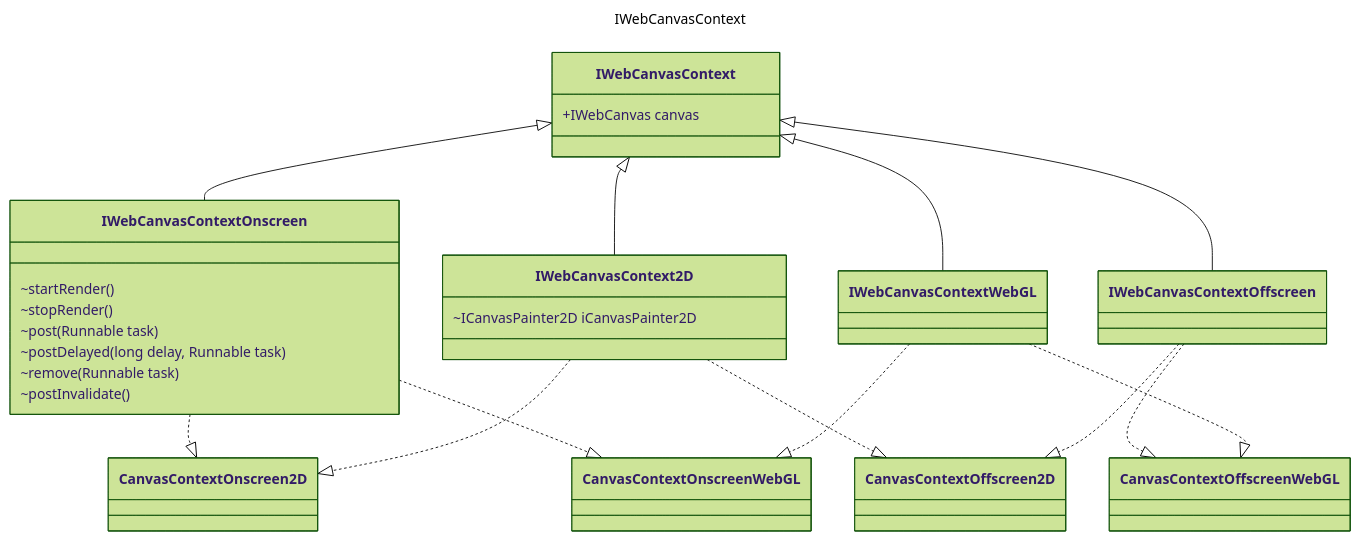
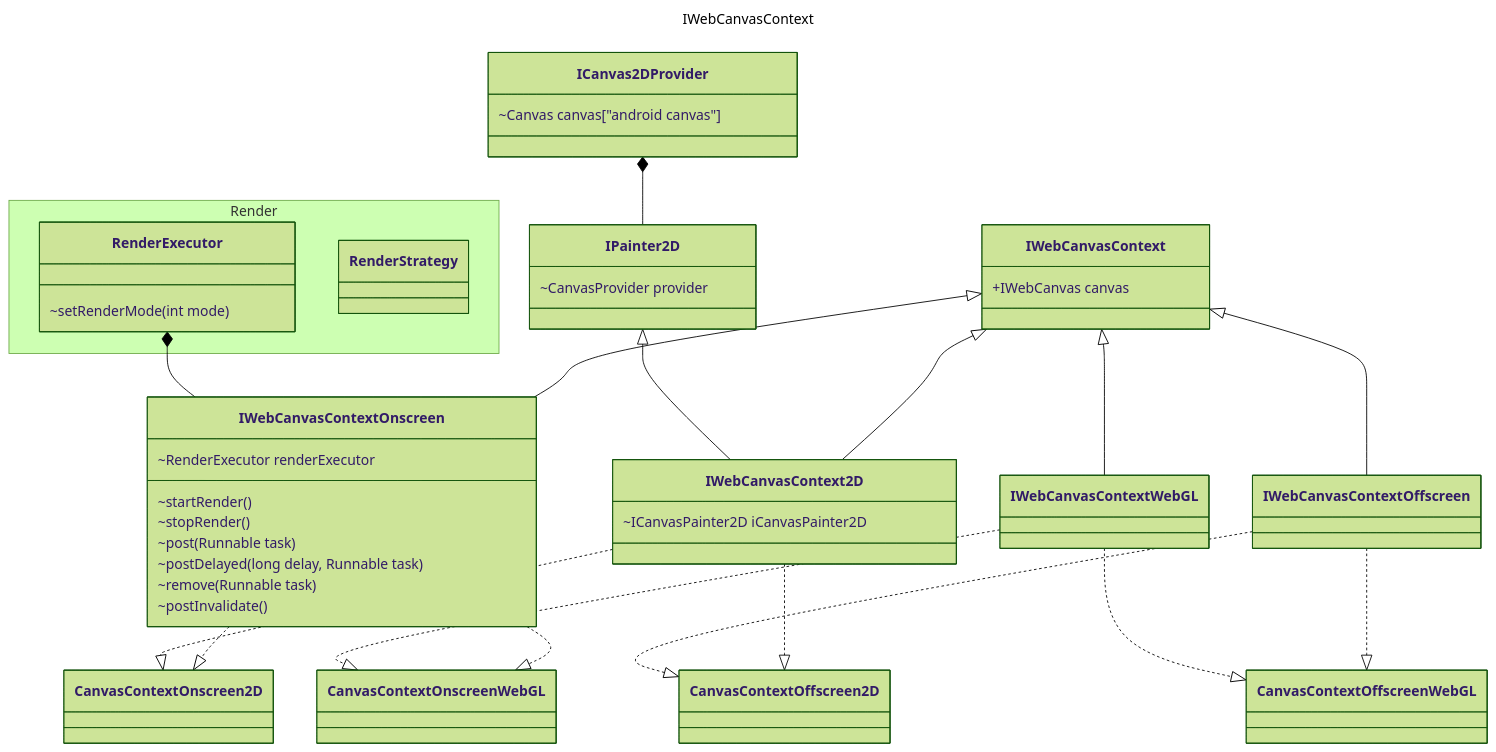
One commit to boybeak/A2WebCanvas changed the second of 2 diagrams in canvas/README.md. Above: the diagram before and after it, drawn with Mermaid (forest theme).

````diff
--- a/canvas/README.md
+++ b/canvas/README.md
@@ -15,38 +15,58 @@
 ```mermaid
 ---
 title: IWebCanvasContext
 ---
 classDiagram
     class IWebCanvasContext {
         +IWebCanvas canvas
     }
     class IWebCanvasContextOnscreen {
+        ~RenderExecutor renderExecutor
         ~startRender()
         ~stopRender()
         ~post(Runnable task)
         ~postDelayed(long delay, Runnable task)
         ~remove(Runnable task)
         ~postInvalidate()
     }
     class IWebCanvasContext2D {
         ~ICanvasPainter2D iCanvasPainter2D
     }
+    class ICanvas2DProvider {
+        ~Canvas canvas["android canvas"]
+    }
+    class IPainter2D {
+        ~CanvasProvider provider
+    }
+    namespace Render {
+        class RenderExecutor {
+            ~setRenderMode(int mode)
+        }
+        class RenderStrategy {
+
+        }
+    }
+    
 
     IWebCanvasContext  <|-- IWebCanvasContextOnscreen
     IWebCanvasContext <|-- IWebCanvasContextOffscreen 
     IWebCanvasContext <|-- IWebCanvasContext2D 
+    IPainter2D <|-- IWebCanvasContext2D
     IWebCanvasContext <|--  IWebCanvasContextWebGL 
 
     IWebCanvasContextOnscreen ..|> CanvasContextOnscreen2D
     IWebCanvasContext2D ..|> CanvasContextOnscreen2D
 
     IWebCanvasContextOnscreen ..|> CanvasContextOnscreenWebGL
     IWebCanvasContextWebGL ..|> CanvasContextOnscreenWebGL
 
     IWebCanvasContext2D ..|> CanvasContextOffscreen2D
     IWebCanvasContextOffscreen ..|> CanvasContextOffscreen2D
     
 
     IWebCanvasContextOffscreen ..|> CanvasContextOffscreenWebGL
     IWebCanvasContextWebGL ..|> CanvasContextOffscreenWebGL
+
+    RenderExecutor *-- IWebCanvasContextOnscreen
+    ICanvas2DProvider *-- IPainter2D
 ```
````
